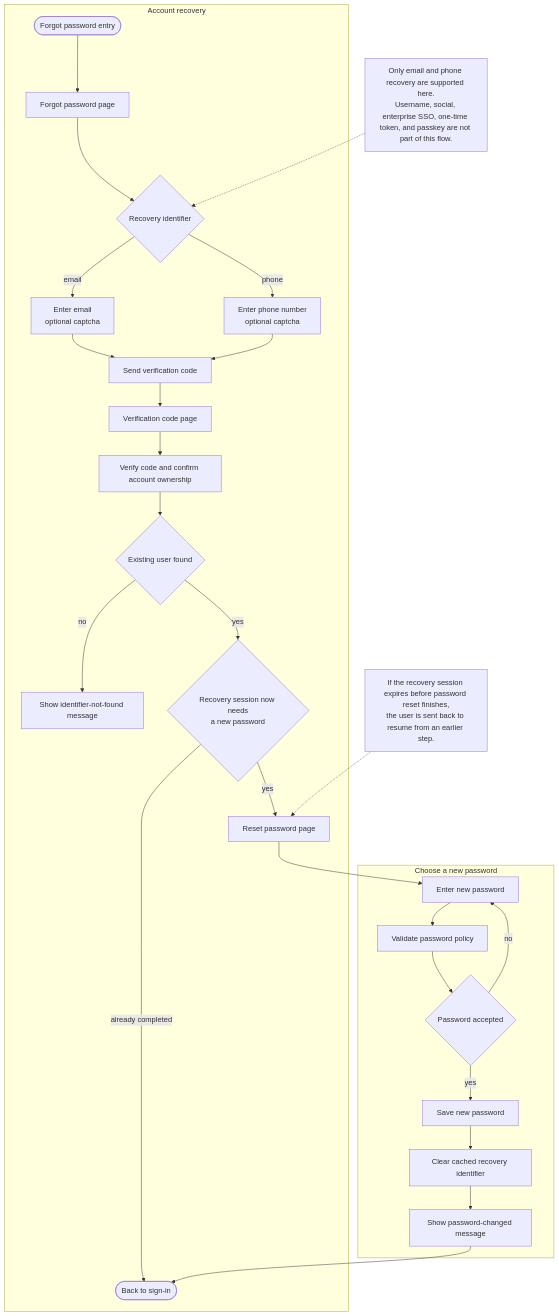
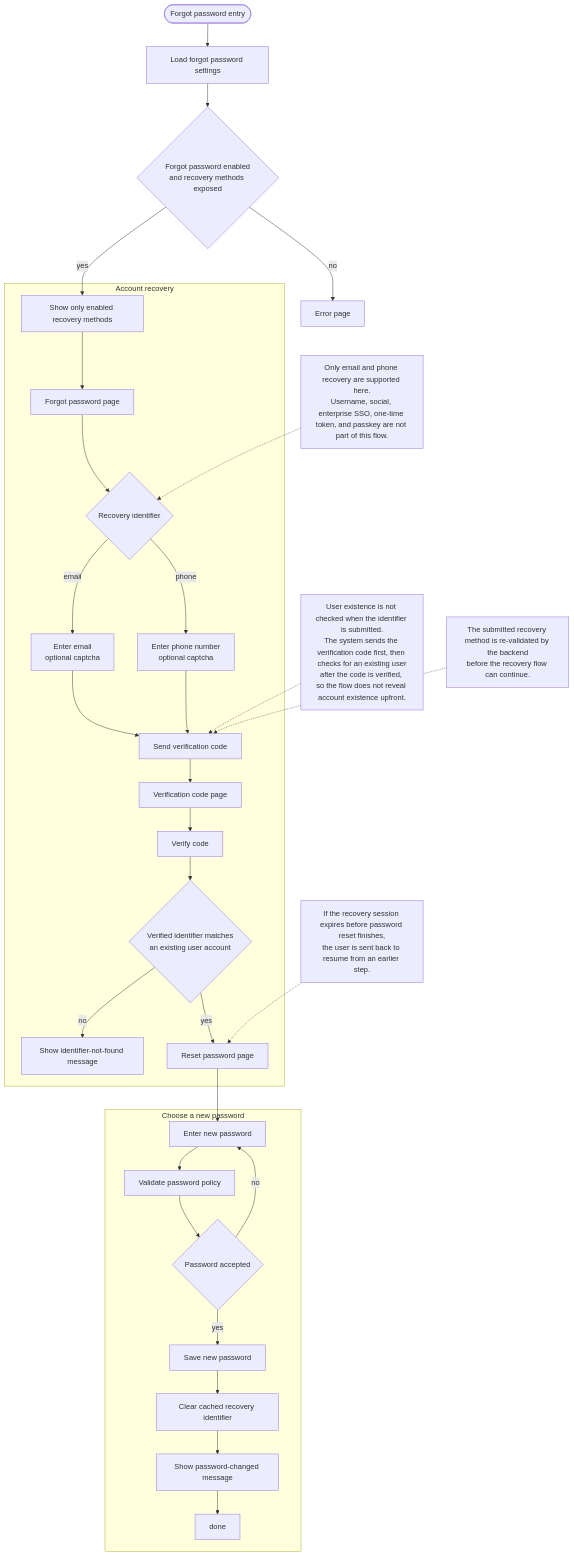
One commit to logto-io/logto changed the diagram in end-user-flows/forgot-password-flow.md. Above: the diagram before and after it, drawn with Mermaid. The commit also changed 4 other files, not shown here.

Commit message:
chore: improve consent flow chart

````diff
--- a/end-user-flows/forgot-password-flow.md
+++ b/end-user-flows/forgot-password-flow.md
@@ -3,38 +3,44 @@
 ```mermaid
 flowchart TD
   start([Forgot password entry])
+  start --> fp_settings[Load forgot password settings]
+  fp_settings --> fp_enabled{Forgot password enabled<br/>and recovery methods exposed}
+  fp_enabled -->|no| fp_error[Error page]
+  fp_enabled -->|yes| fp_methods[Show only enabled recovery methods]
 
   subgraph Recovery["Account recovery"]
-    start --> fp0[Forgot password page]
+    fp_methods --> fp0[Forgot password page]
     fp0 --> fp1{Recovery identifier}
     fp1 -->|email| fp2[Enter email<br/>optional captcha]
     fp1 -->|phone| fp3[Enter phone number<br/>optional captcha]
 
     fp2 --> send_code[Send verification code]
     fp3 --> send_code
     send_code --> code_page[Verification code page]
-    code_page --> verify[Verify code and confirm account ownership]
-    verify --> found{Existing user found}
+    code_page --> verify[Verify code]
+    verify --> found{Verified identifier matches<br/>an existing user account}
     found -->|no| no_user[Show identifier-not-found message]
-    found -->|yes| reset_gate{Recovery session now needs<br/>a new password}
-    reset_gate -->|yes| reset0[Reset password page]
-    reset_gate -->|already completed| done([Back to sign-in])
+    found -->|yes| reset0[Reset password page]
   end
 
   subgraph ResetPassword["Choose a new password"]
     reset0 --> reset1[Enter new password]
     reset1 --> reset2[Validate password policy]
     reset2 --> reset3{Password accepted}
     reset3 -->|no| reset1
     reset3 -->|yes| reset4[Save new password]
     reset4 --> reset5[Clear cached recovery identifier]
     reset5 --> success[Show password-changed message]
     success --> done
   end
 
   note_methods[Only email and phone recovery are supported here.<br/>Username, social, enterprise SSO, one-time token, and passkey are not part of this flow.]
+  note_existence[User existence is not checked when the identifier is submitted.<br/>The system sends the verification code first, then checks for an existing user<br/>after the code is verified, so the flow does not reveal account existence upfront.]
   note_session[If the recovery session expires before password reset finishes,<br/>the user is sent back to resume from an earlier step.]
+  note_guard[The submitted recovery method is re-validated by the backend<br/>before the recovery flow can continue.]
 
   note_methods -.-> fp1
+  note_existence -.-> send_code
   note_session -.-> reset0
+  note_guard -.-> send_code
 ```
````
